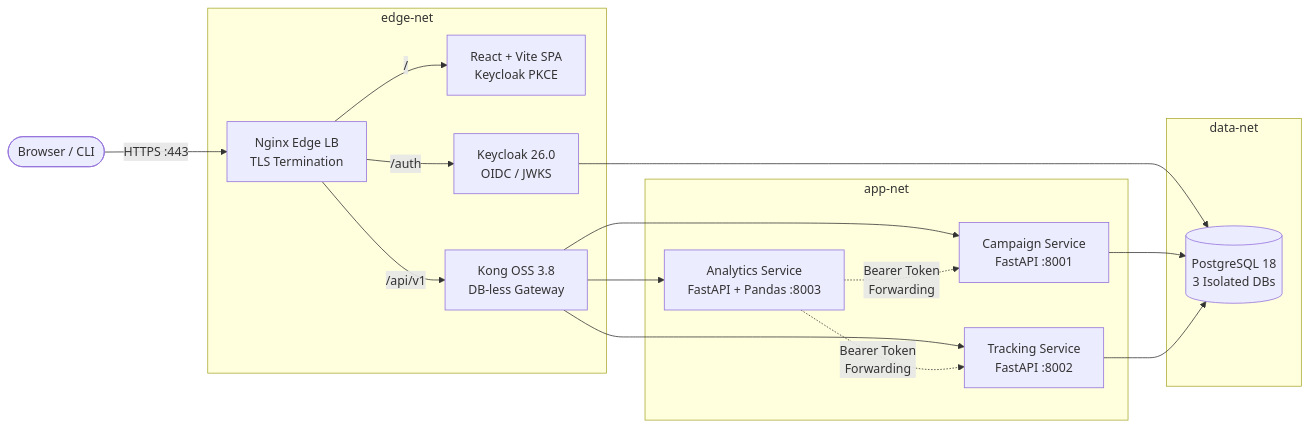
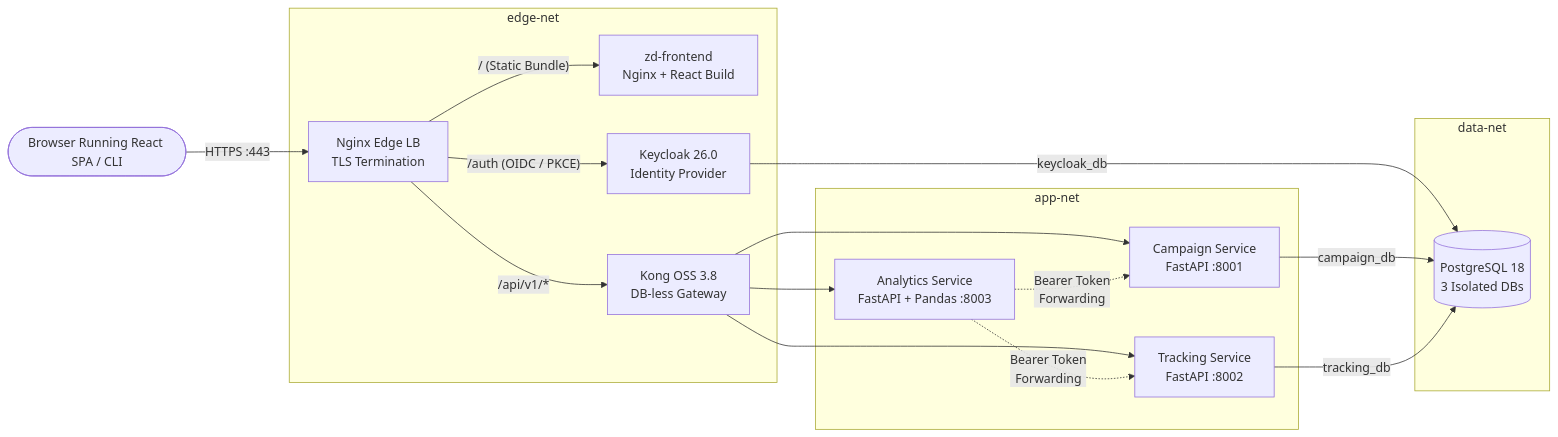
Before and after one commit to SR-TechSandbox/zero-dose-tracking-platform: the diagram in README.md, drawn with Mermaid.

Commit message:
flow chart updated in readme

````diff
--- a/README.md
+++ b/README.md
@@ -9,24 +9,24 @@
 ```mermaid
 flowchart LR
-    User([Browser / CLI]) -->|HTTPS :443| Nginx[Nginx Edge LB<br/>TLS Termination]
+    User([Browser Running React SPA / CLI]) -->|HTTPS :443| Nginx[Nginx Edge LB<br/>TLS Termination]
 
     subgraph edge-net
-        Nginx -->|/| Frontend[React + Vite SPA<br/>Keycloak PKCE]
-        Nginx -->|/auth| Keycloak[Keycloak 26.0<br/>OIDC / JWKS]
-        Nginx -->|/api/v1| Kong[Kong OSS 3.8<br/>DB-less Gateway]
+        Nginx -->|"/ (Static Bundle)"| Frontend[zd-frontend<br/>Nginx + React Build]
+        Nginx -->|"/auth (OIDC / PKCE)"| Keycloak[Keycloak 26.0<br/>Identity Provider]
+        Nginx -->|"/api/v1/*"| Kong[Kong OSS 3.8<br/>DB-less Gateway]
     end
 
     subgraph app-net
         Kong --> Campaign[Campaign Service<br/>FastAPI :8001]
         Kong --> Tracking[Tracking Service<br/>FastAPI :8002]
         Kong --> Analytics[Analytics Service<br/>FastAPI + Pandas :8003]
         Analytics -.->|Bearer Token<br/>Forwarding| Campaign
         Analytics -.->|Bearer Token<br/>Forwarding| Tracking
     end
 
     subgraph data-net
-        Keycloak --> PG[(PostgreSQL 18<br/>3 Isolated DBs)]
-        Campaign --> PG
-        Tracking --> PG
+        Keycloak -->|keycloak_db| PG[(PostgreSQL 18<br/>3 Isolated DBs)]
+        Campaign -->|campaign_db| PG
+        Tracking -->|tracking_db| PG
     end
 ```
````
